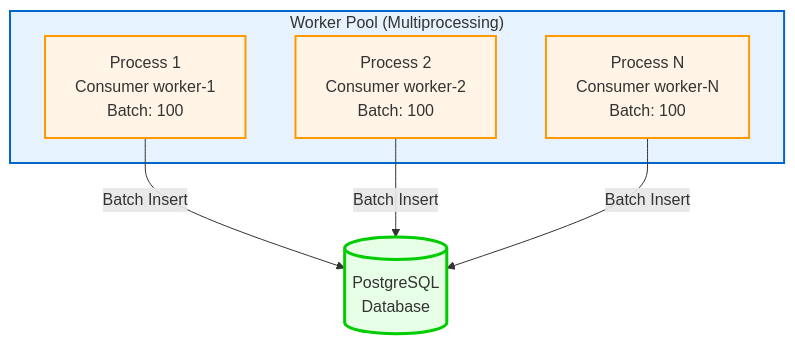
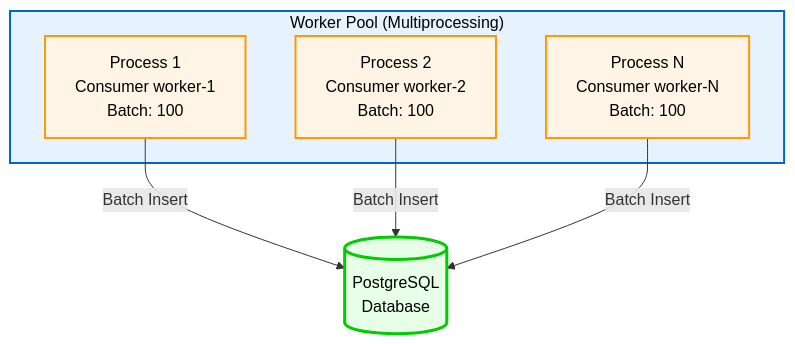
Before and after one commit to Romanabramovich/logs-and-found: the second of 8 diagrams in ARCHITECTURE.md, drawn with Mermaid. The commit also changed other lines of this file and 2 other files, not shown here.

Commit message:
diagram styling

````diff
--- a/ARCHITECTURE.md
+++ b/ARCHITECTURE.md
@@ -80,20 +80,20 @@
 ```mermaid
 graph TB
     subgraph WorkerPool["Worker Pool (Multiprocessing)"]
         W1["Process 1<br/>Consumer worker-1<br/>Batch: 100"]
         W2["Process 2<br/>Consumer worker-2<br/>Batch: 100"]
         W3["Process N<br/>Consumer worker-N<br/>Batch: 100"]
     end
     
     DB[("PostgreSQL<br/>Database")]
     
     W1 -->|Batch Insert| DB
     W2 -->|Batch Insert| DB
     W3 -->|Batch Insert| DB
     
-    style WorkerPool fill:#e6f3ff,stroke:#0066cc,stroke-width:2px
-    style W1 fill:#fff4e6,stroke:#ff9900,stroke-width:2px
-    style W2 fill:#fff4e6,stroke:#ff9900,stroke-width:2px
-    style W3 fill:#fff4e6,stroke:#ff9900,stroke-width:2px
-    style DB fill:#e6ffe6,stroke:#00cc00,stroke-width:3px
+    style WorkerPool fill:#e6f3ff,stroke:#0066cc,stroke-width:2px,color:#000000
+    style W1 fill:#fff4e6,stroke:#ff9900,stroke-width:2px,color:#000000
+    style W2 fill:#fff4e6,stroke:#ff9900,stroke-width:2px,color:#000000
+    style W3 fill:#fff4e6,stroke:#ff9900,stroke-width:2px,color:#000000
+    style DB fill:#e6ffe6,stroke:#00cc00,stroke-width:3px,color:#000000
 ```
````
